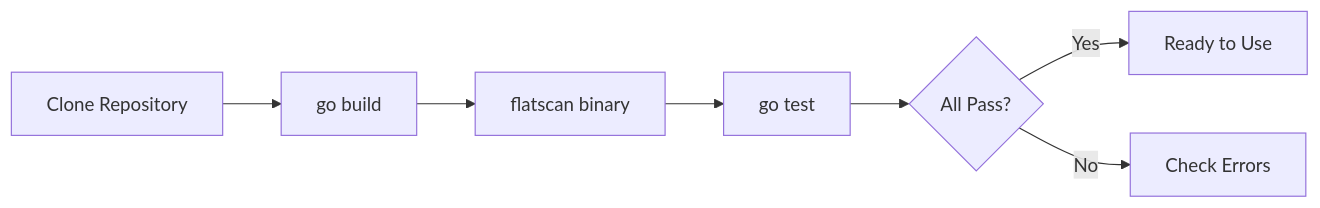
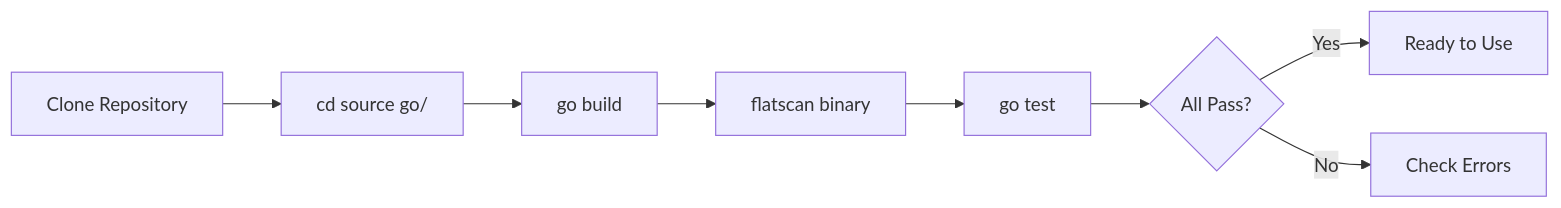
Before and after one commit to Masriyan/FlatScan: the first of 3 diagrams in install.md, drawn with Mermaid. The commit also changed other lines of this file and 6 other files, not shown here.

````diff
--- a/install.md
+++ b/install.md
@@ -66,9 +68,10 @@
 ```mermaid
 graph LR
-    A[Clone Repository] --> B[go build]
-    B --> C[flatscan binary]
-    C --> D[go test]
-    D --> E{All Pass?}
-    E -->|Yes| F[Ready to Use]
-    E -->|No| G[Check Errors]
+    A[Clone Repository] --> B["cd source go/"]
+    B --> C[go build]
+    C --> D[flatscan binary]
+    D --> E[go test]
+    E --> F{All Pass?}
+    F -->|Yes| G[Ready to Use]
+    F -->|No| H[Check Errors]
 ```
````
